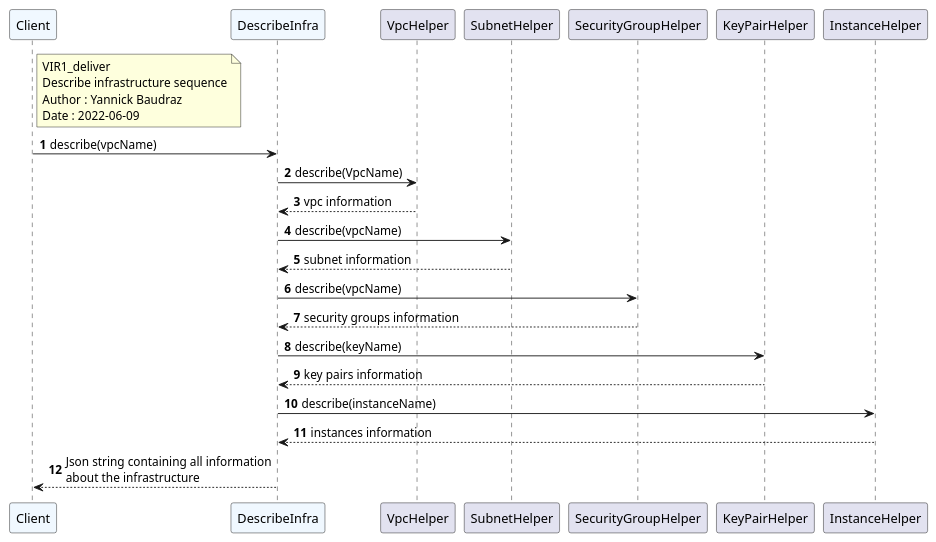
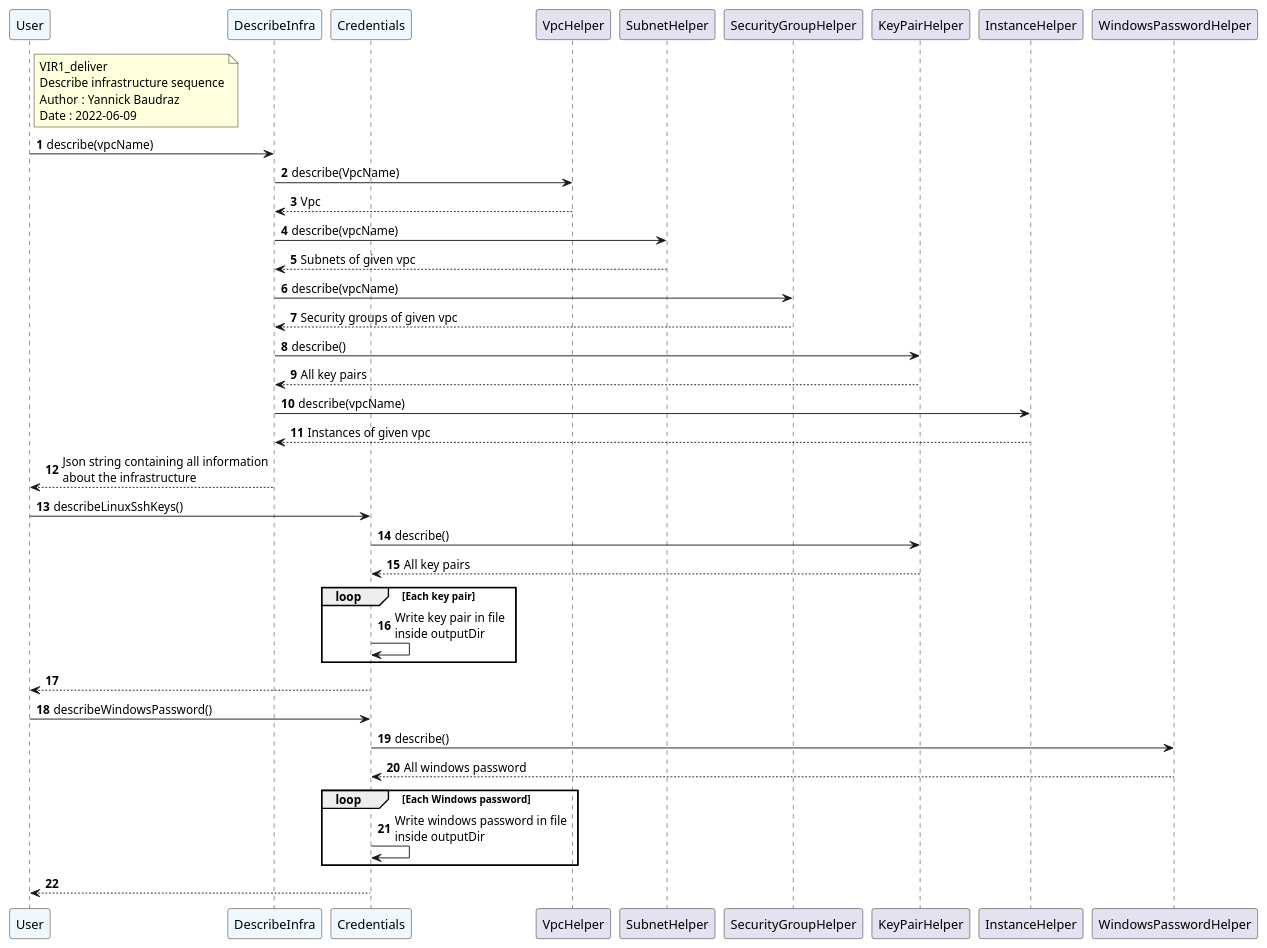
The diagram in docs/sequences/describe-infra.puml (NicolasGlassey/VIR1-Deliver), drawn with PlantUML before and after one commit. The commit also changed 2 other files, not shown here.

Commit message:
Update UML diagrams
Little spell fix

```diff
--- a/docs/sequences/describe-infra.puml
+++ b/docs/sequences/describe-infra.puml
@@ -1,40 +1,60 @@
 @startuml Describe infrastructure
 'https://plantuml.com/sequence-diagram
 
 autonumber
 
-participant Client #aliceblue
+participant User #aliceblue
 participant DescribeInfra as Infra #aliceblue
+participant Credentials #aliceblue
 participant VpcHelper as Vpc
 participant SubnetHelper as Subnet
 participant SecurityGroupHelper as SecurityGroup
 participant KeyPairHelper as KeyPair
 participant InstanceHelper as Instance
+participant WindowsPasswordHelper as WindowsPassword
 
-note right Client
+note right User
 VIR1_deliver
 Describe infrastructure sequence
 Author : Yannick Baudraz
 Date : 2022-06-09
 end note
 
-Client -> Infra: describe(vpcName)
+User -> Infra: describe(vpcName)
 
 Infra -> Vpc : describe(VpcName)
-Vpc --> Infra : vpc information
+Vpc --> Infra : Vpc
 
 Infra -> Subnet : describe(vpcName)
-Subnet --> Infra : subnet information
+Subnet --> Infra : Subnets of given vpc
 
 Infra -> SecurityGroup : describe(vpcName)
-SecurityGroup --> Infra : security groups information
+SecurityGroup --> Infra : Security groups of given vpc
 
-Infra -> KeyPair : describe(keyName)
-KeyPair --> Infra : key pairs information
+Infra -> KeyPair : describe()
+KeyPair --> Infra : All key pairs
 
-Infra -> Instance : describe(instanceName)
-Instance --> Infra : instances information
+Infra -> Instance : describe(vpcName)
+Instance --> Infra : Instances of given vpc
 
-Infra --> Client : Json string containing all information\nabout the infrastructure
+Infra --> User : Json string containing all information\nabout the infrastructure
+
+
+User -> Credentials : describeLinuxSshKeys()
+
+Credentials -> KeyPair : describe()
+KeyPair --> Credentials : All key pairs
+loop Each key pair
+    Credentials -> Credentials : Write key pair in file\ninside outputDir
+end loop
+Credentials --> User
+
+User -> Credentials : describeWindowsPassword()
+Credentials -> WindowsPassword : describe()
+WindowsPassword --> Credentials : All windows password
+loop Each Windows password
+    Credentials -> Credentials : Write windows password in file\ninside outputDir
+end loop
+Credentials --> User
 
 @enduml
```
